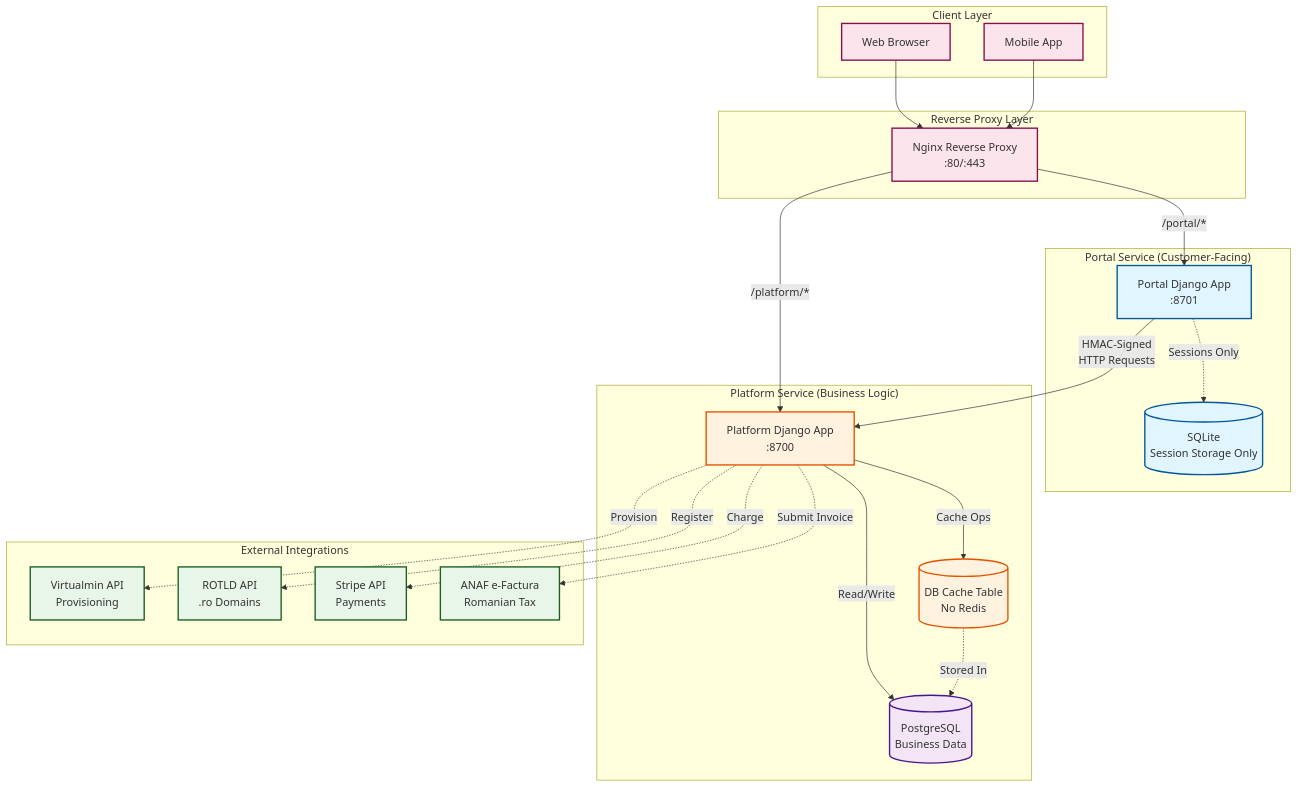
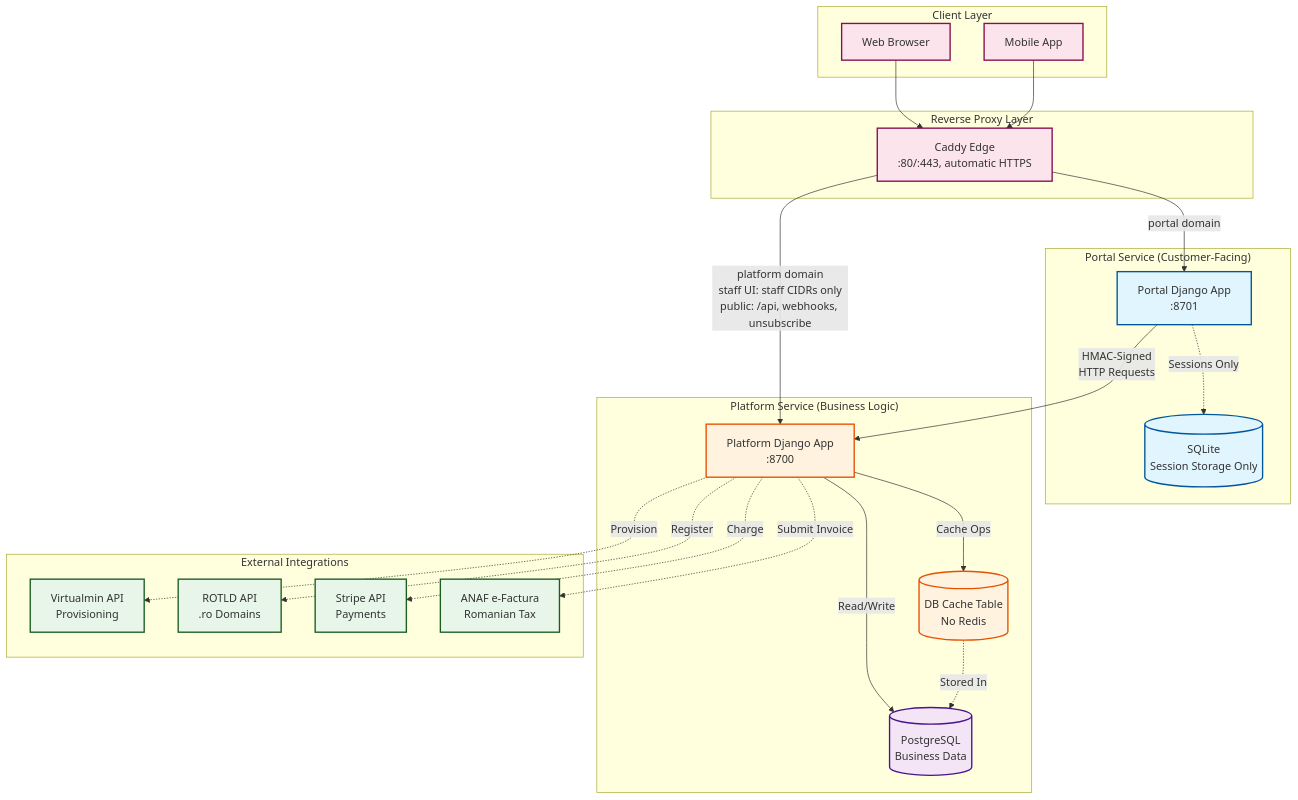
The diagram in docs/architecture/diagrams/system-overview.mmd (captainpragmatic/PRAHO), drawn with Mermaid before and after one commit. The commit also changed 18 other files, not shown here.

First line of the commit message:
chore(deploy): remove the legacy nginx edge and the local nginx stack (#620)

```diff
--- a/docs/architecture/diagrams/system-overview.mmd
+++ b/docs/architecture/diagrams/system-overview.mmd
@@ -1,59 +1,59 @@
 %% PRAHO Platform Architecture - System Overview
 %% Generated: 2026-02-21
 %% Maintainer: Architecture Team
 
 graph TB
     subgraph "Client Layer"
         WebBrowser[Web Browser]
         MobileApp[Mobile App]
     end
 
     subgraph "Reverse Proxy Layer"
-        Nginx[Nginx Reverse Proxy<br/>:80/:443]
+        Caddy[Caddy Edge<br/>:80/:443, automatic HTTPS]
     end
 
     subgraph "Portal Service (Customer-Facing)"
         PortalApp[Portal Django App<br/>:8701]
         PortalSession[(SQLite<br/>Session Storage Only)]
         PortalApp -.->|Sessions Only| PortalSession
     end
 
     subgraph "Platform Service (Business Logic)"
         PlatformApp[Platform Django App<br/>:8700]
         PlatformDB[(PostgreSQL<br/>Business Data)]
         CacheTable[(DB Cache Table<br/>No Redis)]
         PlatformApp -->|Read/Write| PlatformDB
         PlatformApp -->|Cache Ops| CacheTable
         CacheTable -.->|Stored In| PlatformDB
     end
 
     subgraph "External Integrations"
         Virtualmin[Virtualmin API<br/>Provisioning]
         ROTLD[ROTLD API<br/>.ro Domains]
         Stripe[Stripe API<br/>Payments]
         ANAF[ANAF e-Factura<br/>Romanian Tax]
     end
 
-    WebBrowser --> Nginx
-    MobileApp --> Nginx
-    Nginx -->|/portal/*| PortalApp
-    Nginx -->|/platform/*| PlatformApp
+    WebBrowser --> Caddy
+    MobileApp --> Caddy
+    Caddy -->|portal domain| PortalApp
+    Caddy -->|platform domain<br/>staff UI: staff CIDRs only<br/>public: /api, webhooks, unsubscribe| PlatformApp
 
     PortalApp -->|HMAC-Signed<br/>HTTP Requests| PlatformApp
 
     PlatformApp -.->|Provision| Virtualmin
     PlatformApp -.->|Register| ROTLD
     PlatformApp -.->|Charge| Stripe
     PlatformApp -.->|Submit Invoice| ANAF
 
     classDef portal fill:#e1f5ff,stroke:#01579b,stroke-width:2px
     classDef platform fill:#fff3e0,stroke:#e65100,stroke-width:2px
     classDef db fill:#f3e5f5,stroke:#4a148c,stroke-width:2px
     classDef external fill:#e8f5e9,stroke:#1b5e20,stroke-width:2px
     classDef client fill:#fce4ec,stroke:#880e4f,stroke-width:2px
 
     class PortalApp,PortalSession portal
     class PlatformApp,CacheTable platform
     class PlatformDB db
     class Virtualmin,ROTLD,Stripe,ANAF external
-    class WebBrowser,MobileApp,Nginx client
+    class WebBrowser,MobileApp,Caddy client
```
